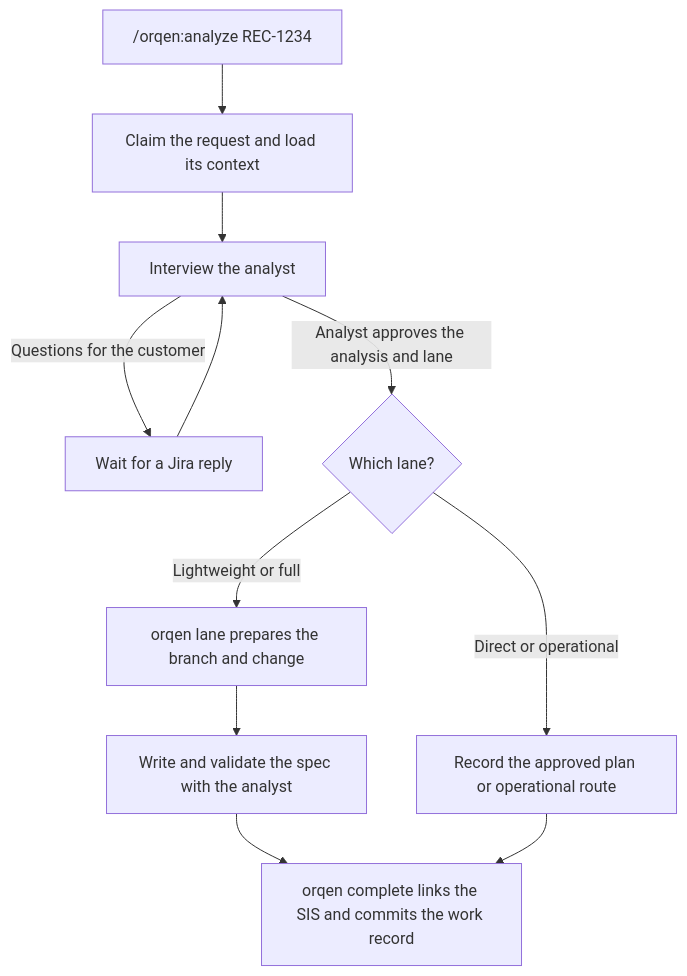
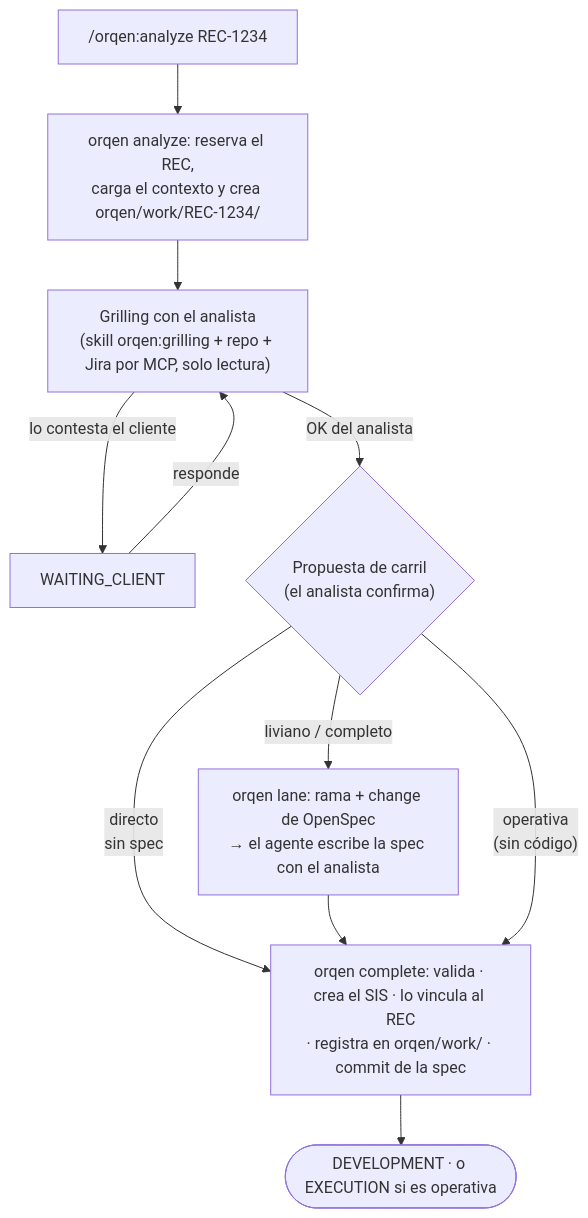
One commit to sistemas-telpin/orqen changed the first of 6 diagrams in README.md. Above: the diagram before and after it, drawn with Mermaid. The commit also changed other lines of this file, not shown here.

First line of the commit message:
README en español con todos los pasos del proceso

````diff
--- a/README.md
+++ b/README.md
@@ -80,13 +34,11 @@
 ```mermaid
 flowchart TD
-    A["/orqen:analyze REC-1234"] --> B["Claim the request and load its context"]
-    B --> C["Interview the analyst"]
-    C -->|"Questions for the customer"| W["Wait for a Jira reply"]
-    W --> C
-    C -->|"Analyst approves the analysis and lane"| L{"Which lane?"}
-    L -->|"Lightweight or full"| S["orqen lane prepares the branch and change"]
-    S --> V["Write and validate the spec with the analyst"]
-    L -->|"Direct or operational"| O["Record the approved plan or operational route"]
-    V --> F["orqen complete links the SIS and commits the work record"]
-    O --> F
+    A["/orqen:analyze REC-1234"] --> B["orqen analyze: reserva el REC,<br/>carga el contexto y crea orqen/work/REC-1234/"]
+    B --> C["Grilling con el analista<br/>(skill orqen:grilling + repo + Jira por MCP, solo lectura)"]
+    C -->|"lo contesta el cliente"| W["WAITING_CLIENT"] -->|"responde"| C
+    C -->|"OK del analista"| D{"Propuesta de carril<br/>(el analista confirma)"}
+    D -->|"directo<br/>sin spec"| G
+    D -->|"liviano / completo"| E["orqen lane: rama + change de OpenSpec<br/>→ el agente escribe la spec con el analista"] --> G
+    D -->|"operativa<br/>(sin código)"| G
+    G["orqen complete: valida · crea el SIS · lo vincula al REC<br/>· registra en orqen/work/ · commit de la spec"] --> H(["DEVELOPMENT · o EXECUTION si es operativa"])
 ```
````
